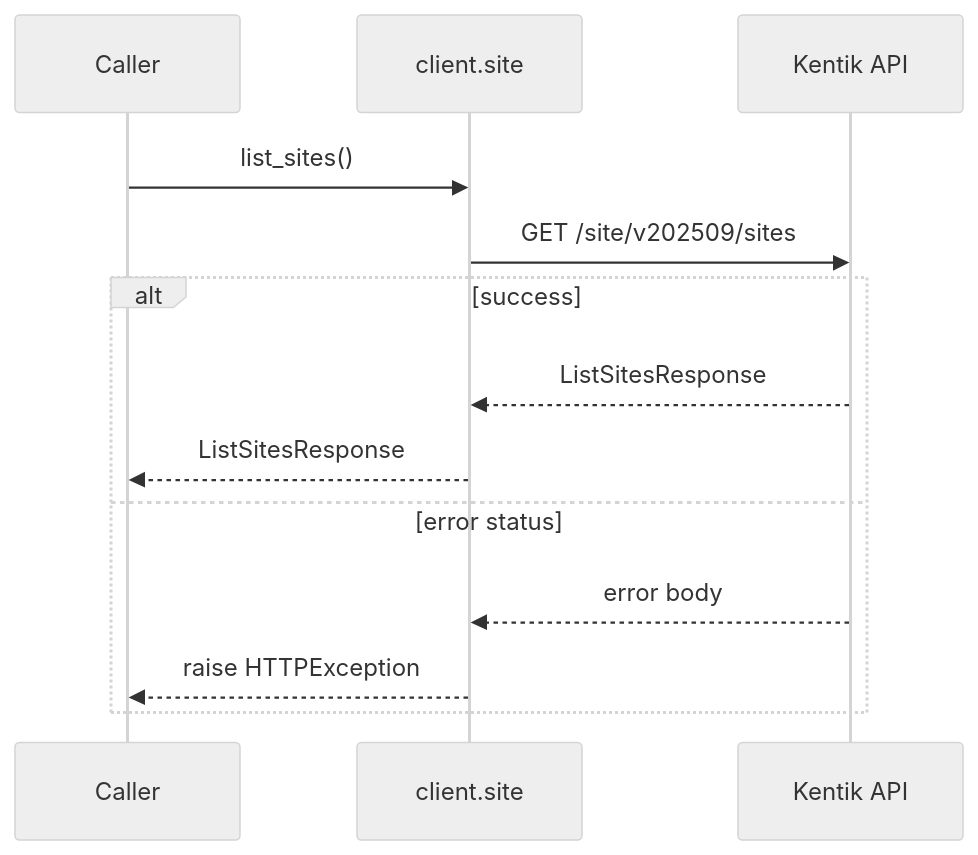
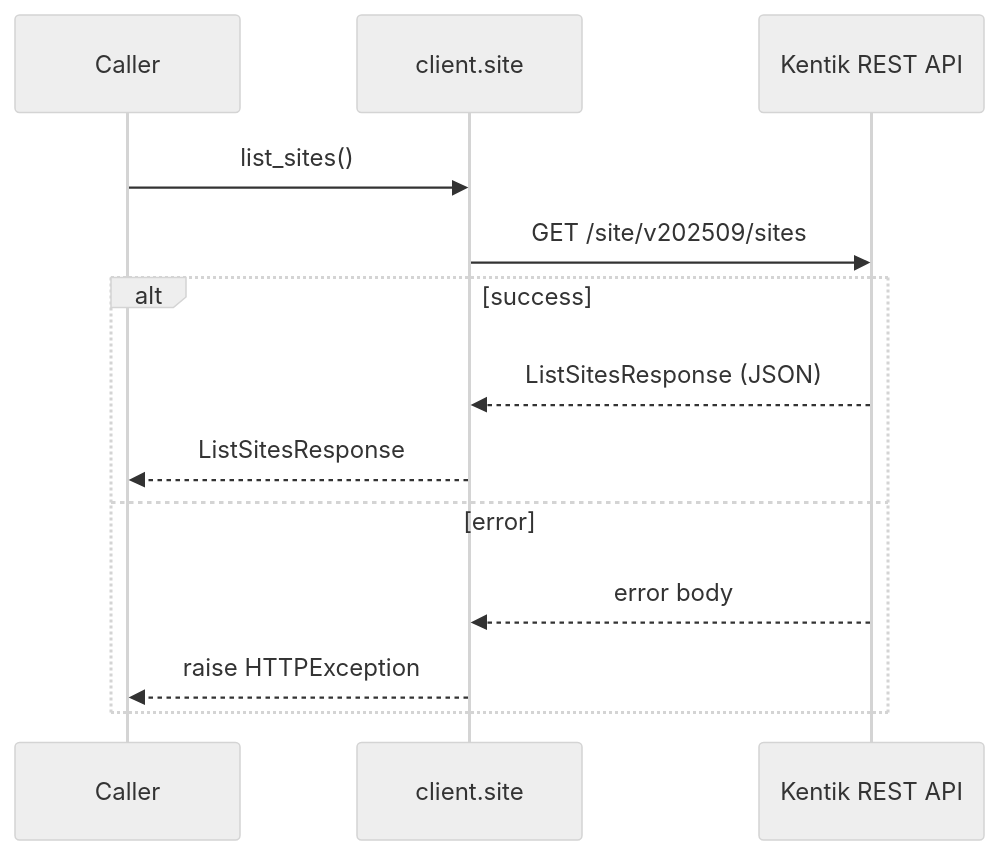
Diagram 12 of 22 in docs/sphinx/services/site.md (alexdearaujo/community_sdk_python), drawn with Mermaid (neutral theme) before and after one commit. The commit also changed other lines of this file and 61 other files, not shown here.

````diff
--- a/docs/sphinx/services/site.md
+++ b/docs/sphinx/services/site.md
@@ -277,16 +404,16 @@
 ```mermaid
 sequenceDiagram
     participant C as Caller
     participant W as client.site
-    participant API as Kentik API
+    participant API as Kentik REST API
 
     C->>W: list_sites()
     W->>API: GET /site/v202509/sites
     alt success
-        API-->>W: ListSitesResponse
+        API-->>W: ListSitesResponse (JSON)
         W-->>C: ListSitesResponse
-    else error status
+    else error
         API-->>W: error body
         W-->>C: raise HTTPException
     end
 ```
````
